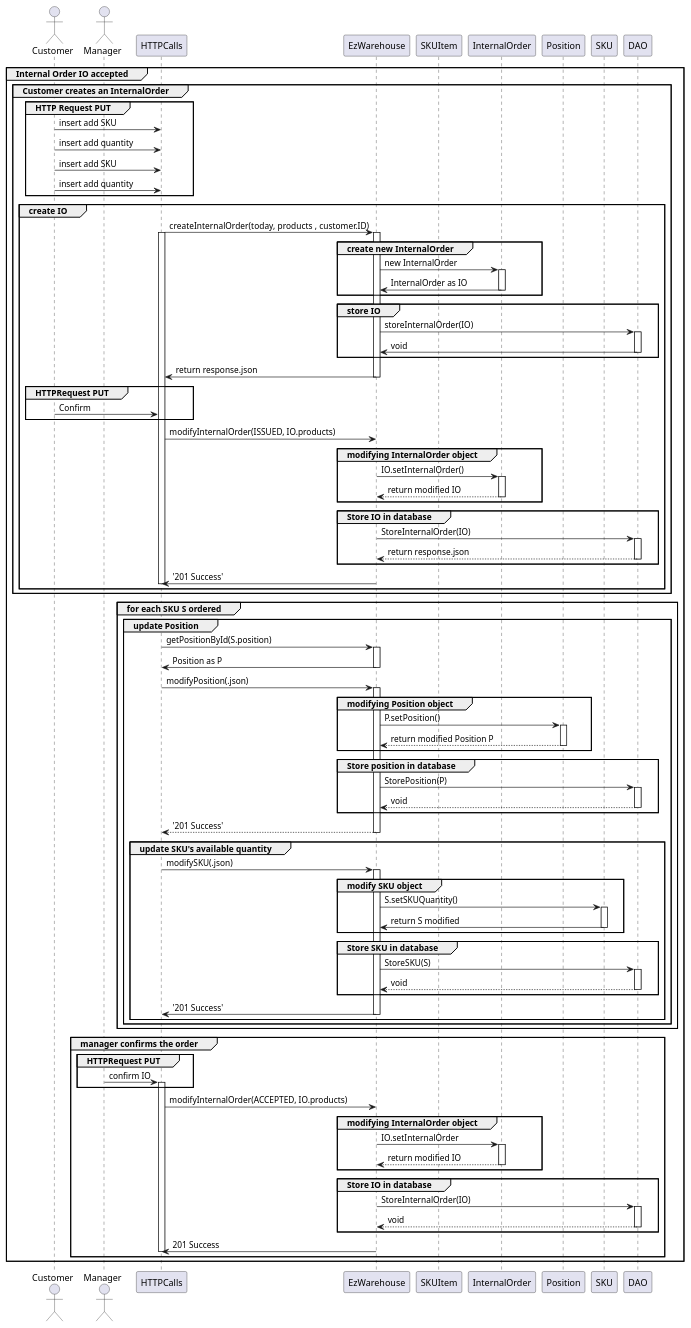
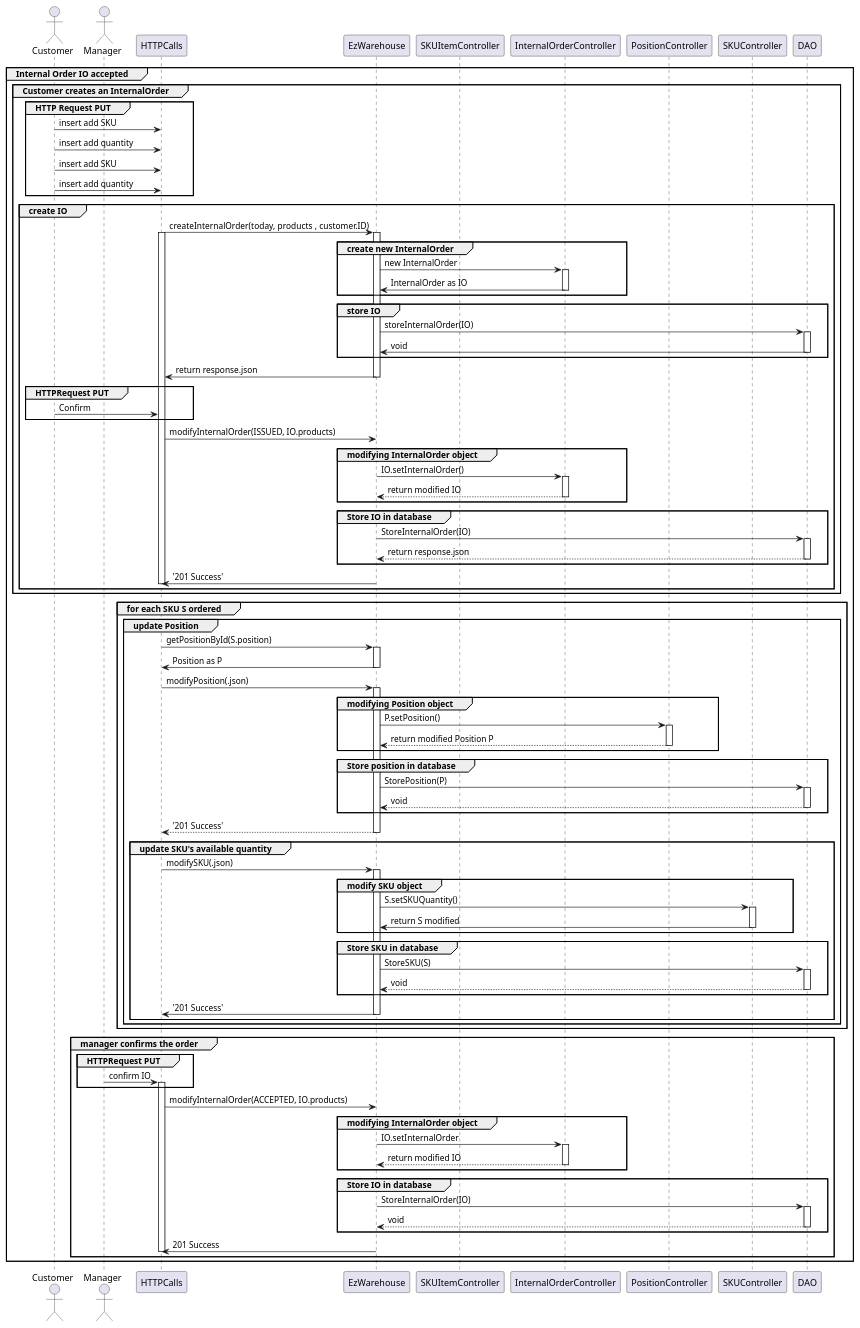
Before and after one commit to DavideArcolini/SoftEng_garbageCollector: diagram 15 of 19 in DesignDocument.md, drawn with PlantUML. The commit also changed other lines of this file and 5 other files, not shown here.

```diff
--- a/DesignDocument.md
+++ b/DesignDocument.md
@@ -946,10 +951,10 @@
 actor Manager
 participant HTTPCalls as HTTPCalls
 participant EzWarehouse as EzWarehouse
-participant SKUItem 
-participant InternalOrder
-participant Position
-participant SKU
+participant SKUItemController as SKUItem 
+participant InternalOrderController as InternalOrder
+participant PositionController as Position
+participant SKUController as SKU
 participant DAO as DAO
 
 
```
